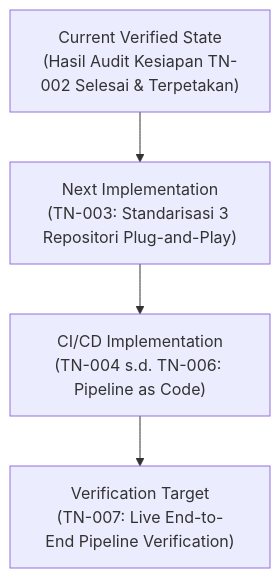
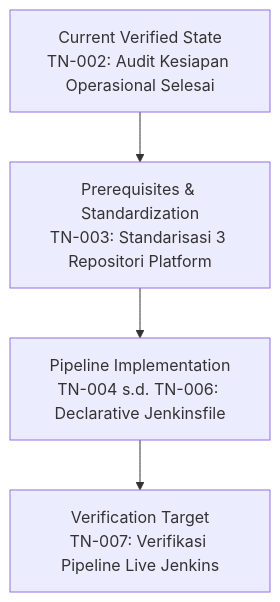
Before and after one commit to edkas07-oss/devops-handbook: the third of 3 diagrams in docs/projects/tomcat-monitoring/engineering-journal/continuous-integration-and-deployment/TN-002-audit-and-standardize-repositories-for-production-plug-and-play-readiness.md, drawn with Mermaid. The commit also changed other lines of this file, not shown here.

Commit message:
docs(tm): polish diagram box labels in method and next steps for TN-002

````diff
--- a/docs/projects/tomcat-monitoring/engineering-journal/continuous-integration-and-deployment/TN-002-audit-and-standardize-repositories-for-production-plug-and-play-readiness.md
+++ b/docs/projects/tomcat-monitoring/engineering-journal/continuous-integration-and-deployment/TN-002-audit-and-standardize-repositories-for-production-plug-and-play-readiness.md
@@ -340,6 +340,6 @@
 ```mermaid
 flowchart TD
-    A["Current Verified State<br/>(Hasil Audit Kesiapan TN-002 Selesai & Terpetakan)"] --> B["Next Implementation<br/>(TN-003: Standarisasi 3 Repositori Plug-and-Play)"]
-    B --> C["CI/CD Implementation<br/>(TN-004 s.d. TN-006: Pipeline as Code)"]
-    C --> D["Verification Target<br/>(TN-007: Live End-to-End Pipeline Verification)"]
+    A["Current Verified State<br/>TN-002: Audit Kesiapan Operasional Selesai"] --> B["Prerequisites & Standardization<br/>TN-003: Standarisasi 3 Repositori Platform"]
+    B --> C["Pipeline Implementation<br/>TN-004 s.d. TN-006: Declarative Jenkinsfile"]
+    C --> D["Verification Target<br/>TN-007: Verifikasi Pipeline Live Jenkins"]
 ```
````
